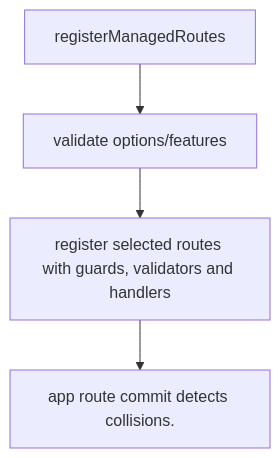
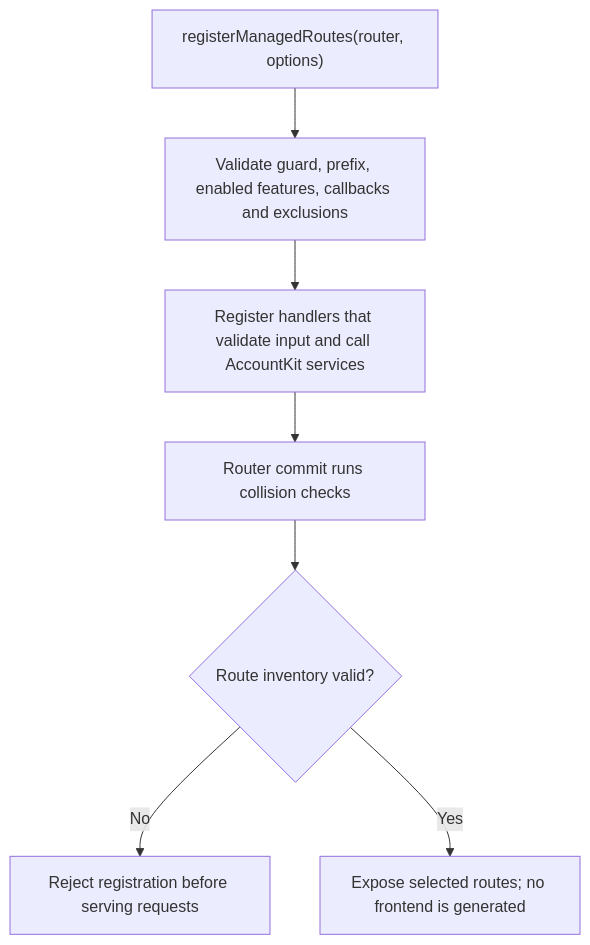
One commit to Kevinjohn/oss-adonisjs-account-kit changed the second of 2 diagrams in user-stories/US-ACCOUNT-29-mount-managed-routes.md. Above: the diagram before and after it, drawn with Mermaid. The commit also changed other lines of this file and 29 other files, not shown here.

````diff
--- a/user-stories/US-ACCOUNT-29-mount-managed-routes.md
+++ b/user-stories/US-ACCOUNT-29-mount-managed-routes.md
@@ -33,10 +30,9 @@
 ```mermaid
 flowchart TD
-    C0["registerManagedRoutes"]
-    C1["validate options/features"]
-    C0 --> C1
-    C2["register selected routes with guards, validators and handlers"]
-    C1 --> C2
-    C3["app route commit detects collisions."]
-    C2 --> C3
+ A["registerManagedRoutes(router, options)"] --> B["Validate guard, prefix, enabled features, callbacks and exclusions"]
+ B --> C["Register handlers that validate input and call AccountKit services"]
+ C --> D["Router commit runs collision checks"]
+ D --> E{"Route inventory valid?"}
+ E -->|No| F["Reject registration before serving requests"]
+ E -->|Yes| G["Expose selected routes; no frontend is generated"]
 ```
````
